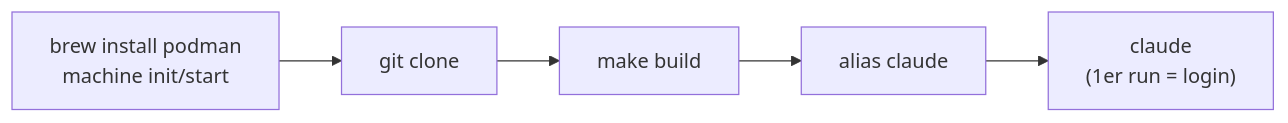
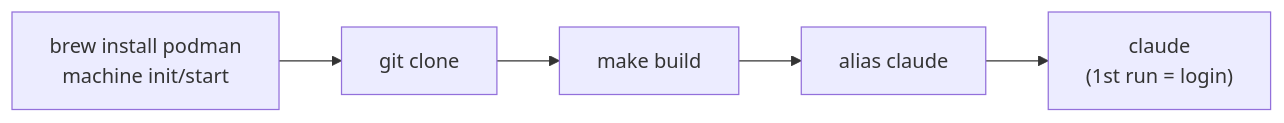
The second of 2 diagrams in README.md (Akeuuh/agent-airlock), drawn with Mermaid before and after one commit. The commit also changed other lines of this file and 28 other files, not shown here.

````diff
--- a/README.md
+++ b/README.md
@@ -153,4 +153,4 @@
 ```mermaid
 flowchart LR
-    P["brew install podman<br/>machine init/start"] --> G["git clone"] --> M["make build"] --> AL["alias claude"] --> R["claude<br/>(1er run = login)"]
+    P["brew install podman<br/>machine init/start"] --> G["git clone"] --> M["make build"] --> AL["alias claude"] --> R["claude<br/>(1st run = login)"]
 ```
````
